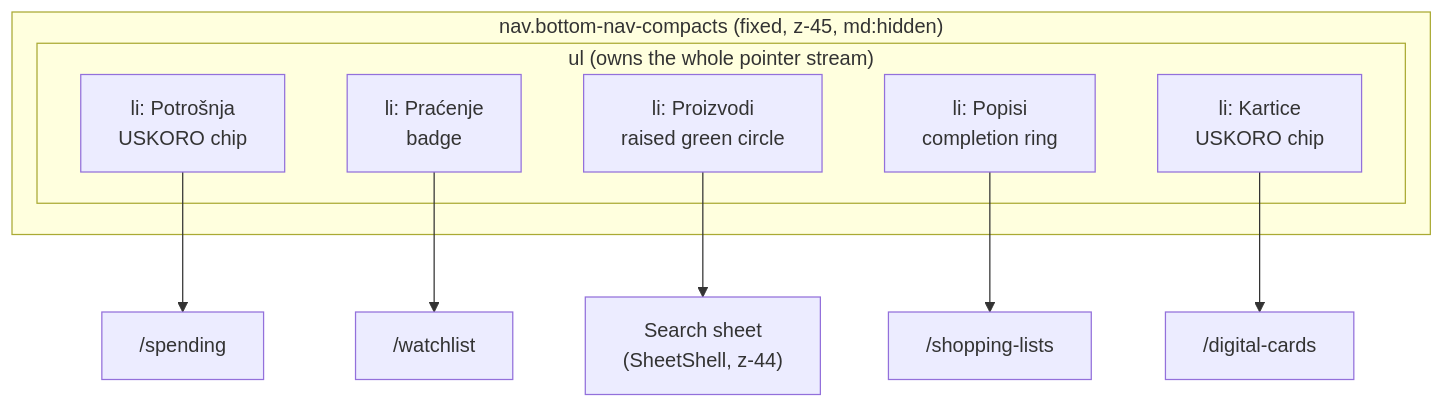
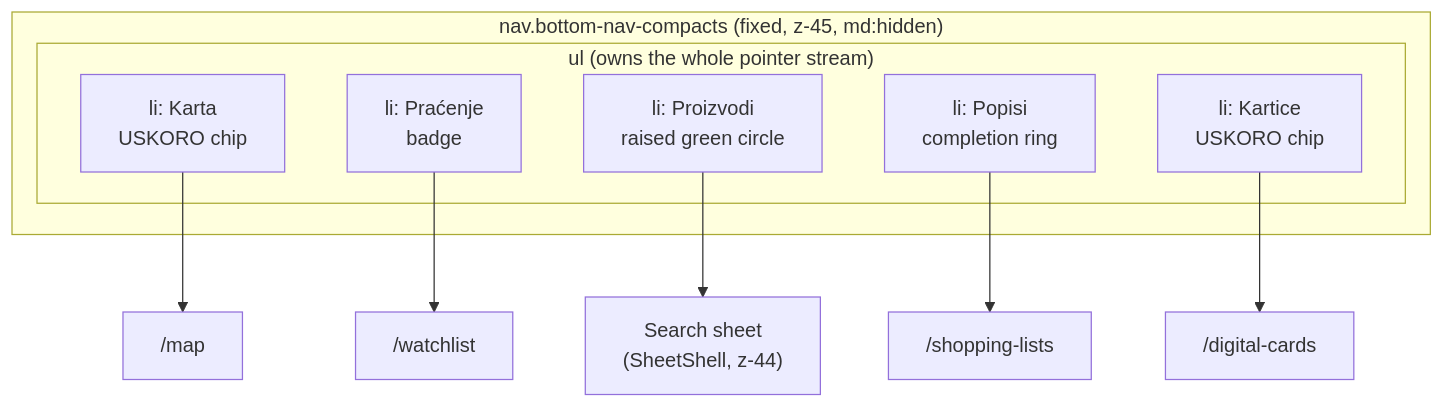
The first of 5 diagrams in docs/MOBILE-NAV.md (OffCrazyFreak/Disscount), drawn with Mermaid before and after one commit. The commit also changed other lines of this file and 3 other files, not shown here.

First line of the commit message:
feat(bottom-nav): Make quick actions modal, and swap Potrošnja for Karta

````diff
--- a/docs/MOBILE-NAV.md
+++ b/docs/MOBILE-NAV.md
@@ -77,18 +77,18 @@
 ```mermaid
 flowchart TB
     subgraph nav["nav.bottom-nav-compacts (fixed, z-45, md:hidden)"]
         subgraph ul["ul (owns the whole pointer stream)"]
-            c1["li: Potrošnja<br/>USKORO chip"]
+            c1["li: Karta<br/>USKORO chip"]
             c2["li: Praćenje<br/>badge"]
             c3["li: Proizvodi<br/>raised green circle"]
             c4["li: Popisi<br/>completion ring"]
             c5["li: Kartice<br/>USKORO chip"]
         end
     end
 
-    c1 --> spending["/spending"]
+    c1 --> map["/map"]
     c2 --> watchlist["/watchlist"]
     c3 --> sheet["Search sheet<br/>(SheetShell, z-44)"]
     c4 --> lists["/shopping-lists"]
     c5 --> cards["/digital-cards"]
 ```
````
